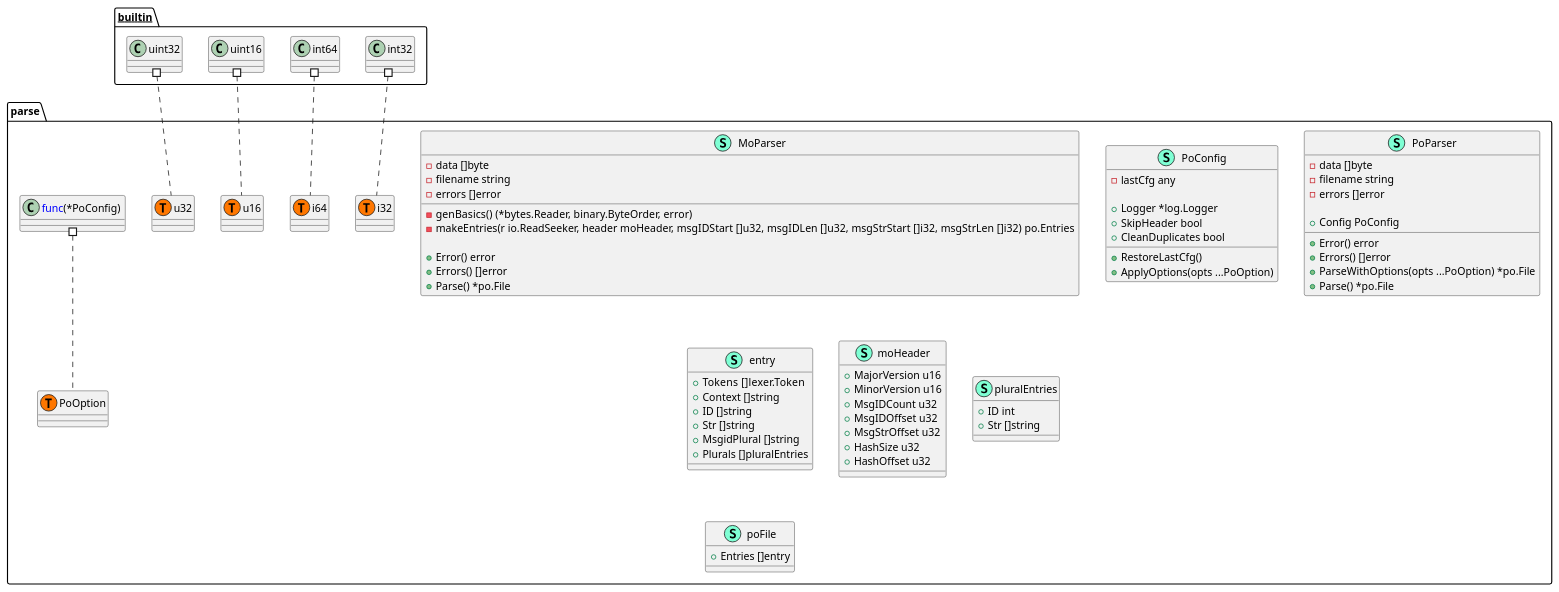
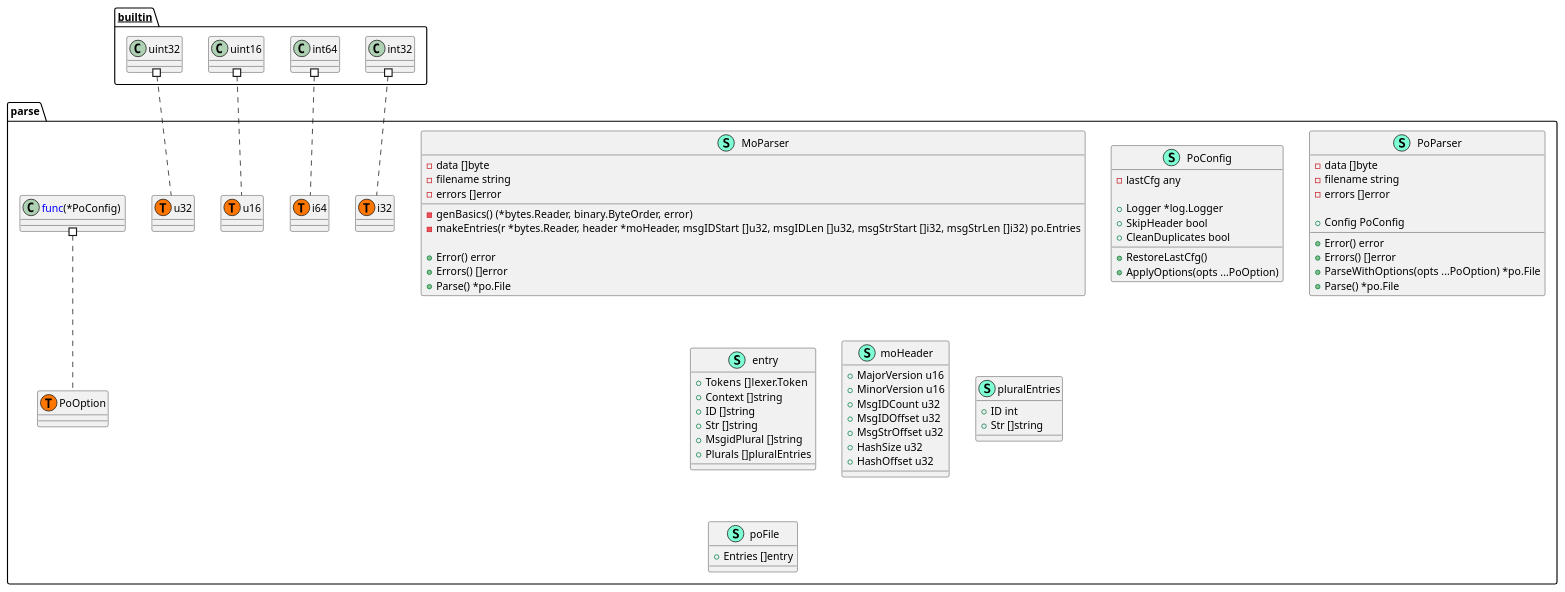
Before and after one commit to Tom5521/gotext-tools: the diagram in pkg/po/parse/structure.puml, drawn with PlantUML. The commit also changed 22 other files, not shown here.

```diff
--- a/pkg/po/parse/structure.puml
+++ b/pkg/po/parse/structure.puml
@@ -1,86 +1,86 @@
 @startuml
 namespace parse {
     class MoParser << (S,Aquamarine) >> {
         - data []byte
         - filename string
         - errors []error
 
         - genBasics() (*bytes.Reader, binary.ByteOrder, error)
-        - makeEntries(r io.ReadSeeker, header moHeader, msgIDStart []u32, msgIDLen []u32, msgStrStart []i32, msgStrLen []i32) po.Entries
+        - makeEntries(r *bytes.Reader, header *moHeader, msgIDStart []u32, msgIDLen []u32, msgStrStart []i32, msgStrLen []i32) po.Entries
 
         + Error() error
         + Errors() []error
         + Parse() *po.File
 
     }
     class PoConfig << (S,Aquamarine) >> {
         - lastCfg any
 
         + Logger *log.Logger
         + SkipHeader bool
         + CleanDuplicates bool
 
         + RestoreLastCfg() 
         + ApplyOptions(opts ...PoOption) 
 
     }
     class PoParser << (S,Aquamarine) >> {
         - data []byte
         - filename string
         - errors []error
 
         + Config PoConfig
 
         + Error() error
         + Errors() []error
         + ParseWithOptions(opts ...PoOption) *po.File
         + Parse() *po.File
 
     }
     class entry << (S,Aquamarine) >> {
         + Tokens []lexer.Token
         + Context []string
         + ID []string
         + Str []string
         + MsgidPlural []string
         + Plurals []pluralEntries
 
     }
     class moHeader << (S,Aquamarine) >> {
         + MajorVersion u16
         + MinorVersion u16
         + MsgIDCount u32
         + MsgIDOffset u32
         + MsgStrOffset u32
         + HashSize u32
         + HashOffset u32
 
     }
     class parse.PoOption << (T, #FF7700) >>  {
     }
     class parse.i32 << (T, #FF7700) >>  {
     }
     class parse.i64 << (T, #FF7700) >>  {
     }
     class parse.u16 << (T, #FF7700) >>  {
     }
     class parse.u32 << (T, #FF7700) >>  {
     }
     class pluralEntries << (S,Aquamarine) >> {
         + ID int
         + Str []string
 
     }
     class poFile << (S,Aquamarine) >> {
         + Entries []entry
 
     }
 }
 
 
 "__builtin__.int32" #.. "parse.i32"
 "__builtin__.int64" #.. "parse.i64"
 "__builtin__.uint16" #.. "parse.u16"
 "__builtin__.uint32" #.. "parse.u32"
 "parse.<font color=blue>func</font>(*PoConfig) " #.. "parse.PoOption"
 @enduml
```
